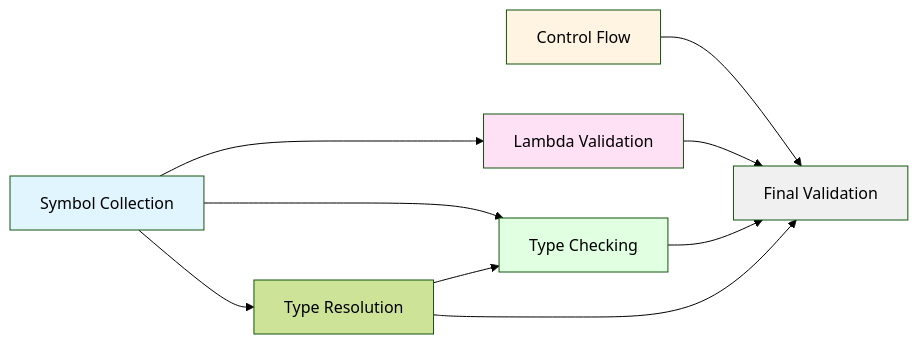
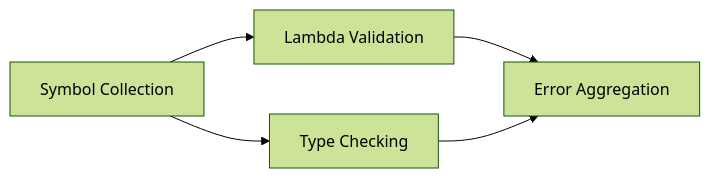
Before and after one commit to bosley/truk: the eighth of 9 diagrams in docs/impl/typechecker.md, drawn with Mermaid (forest theme). The commit also changed other lines of this file and 2 other files, not shown here.

````diff
--- a/docs/impl/typechecker.md
+++ b/docs/impl/typechecker.md
@@ -267,19 +244,8 @@
 ```mermaid
 graph LR
-    SC[Symbol Collection] --> TR[Type Resolution]
-    SC --> LV[Lambda Validation]
+    SC[Symbol Collection] --> LV[Lambda Validation]
     SC --> TC[Type Checking]
     
-    TR --> TC
-    
-    CF[Control Flow] --> FV[Final Validation]
-    LV --> FV
-    TC --> FV
-    TR --> FV
-    
-    style SC fill:#e1f5ff
-    style LV fill:#ffe1f5
-    style CF fill:#fff4e1
-    style TC fill:#e1ffe1
-    style FV fill:#f0f0f0
+    LV --> Errors[Error Aggregation]
+    TC --> Errors
 ```
````
